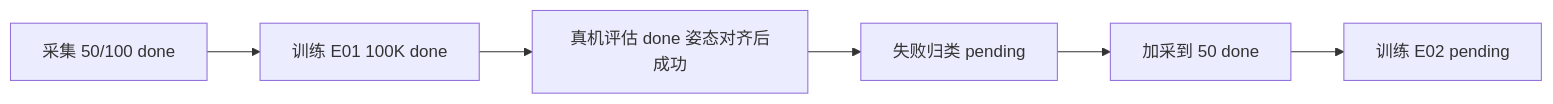
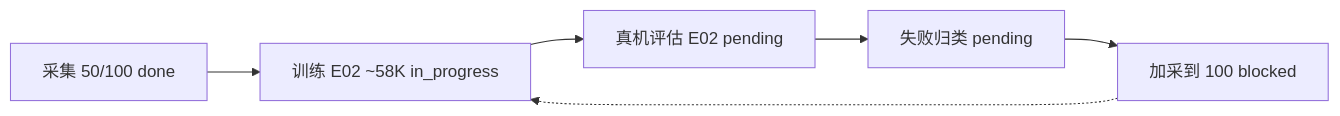
Before and after one commit to wjl110/Reall2Policy: the fourth of 4 diagrams in lab-log/charts.md, drawn with Mermaid. The commit also changed other lines of this file and 15 other files, not shown here.

````diff
--- a/lab-log/charts.md
+++ b/lab-log/charts.md
@@ -55,8 +123,15 @@
 ```mermaid
+
 flowchart LR
-    A["采集 50/100 done"] --> B["训练 E01 100K done"]
-    B --> C["真机评估 done 姿态对齐后成功"]
+
+    A["采集 50/100 done"] --> B["训练 E02 ~58K in_progress"]
+
+    B --> C["真机评估 E02 pending"]
+
     C --> D["失败归类 pending"]
-    D --> E["加采到 50 done"]
-    E --> F["训练 E02 pending"]
+
+    D --> E["加采到 100 blocked"]
+
+    E -.-> B
+
 ```
````
